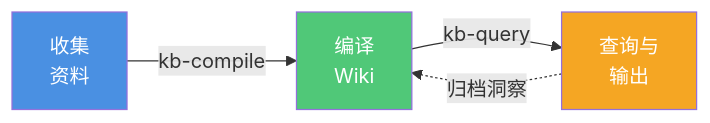
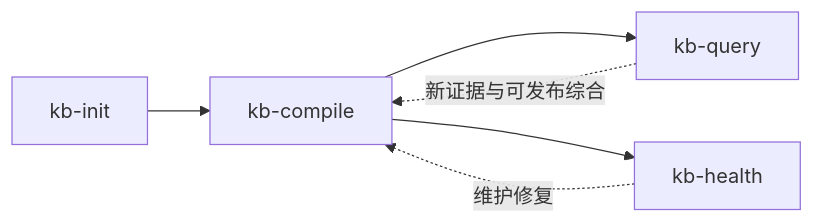
One commit to bahayonghang/obsidian-notes-karpathy changed the diagram in docs/zh/workflow/overview.md. Above: the diagram before and after it, drawn with Mermaid. The commit also changed other lines of this file and 39 other files, not shown here.

````diff
--- a/docs/zh/workflow/overview.md
+++ b/docs/zh/workflow/overview.md
@@ -7,10 +5,8 @@
 ```mermaid
 graph LR
-    A[收集<br/>资料] -->|kb-compile| B[编译<br/>Wiki]
-    B -->|kb-query| C[查询与<br/>输出]
-    C -.->|归档洞察| B
-    
-    style A fill:#4A90E2,color:#fff
-    style B fill:#50C878,color:#fff
-    style C fill:#F5A623,color:#fff
+    A[kb-init] --> B[kb-compile]
+    B --> C[kb-query]
+    B --> D[kb-health]
+    C -.->|新证据与可发布综合| B
+    D -.->|维护修复| B
 ```
````
